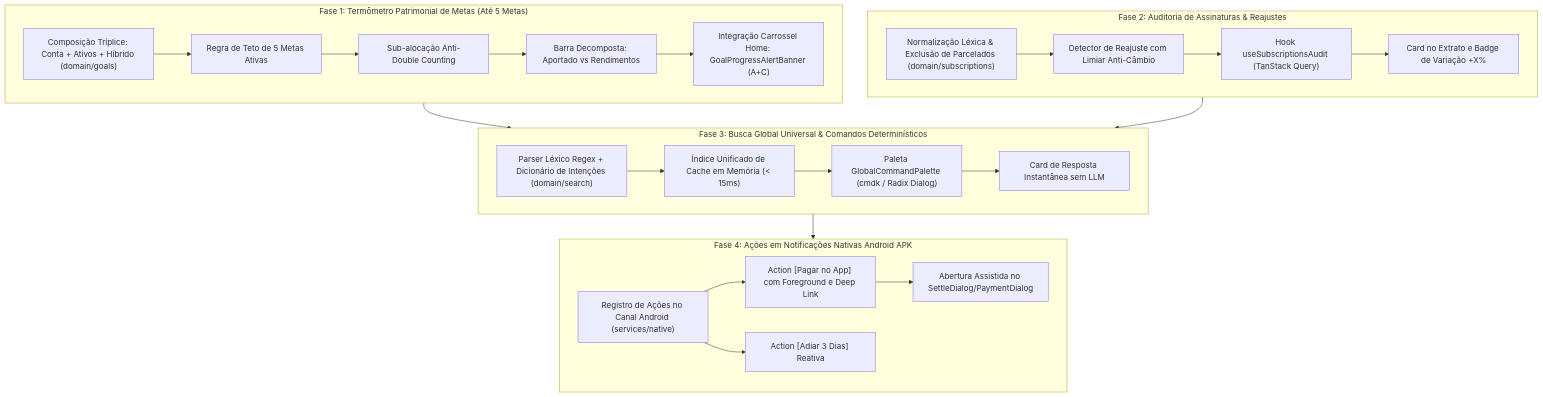
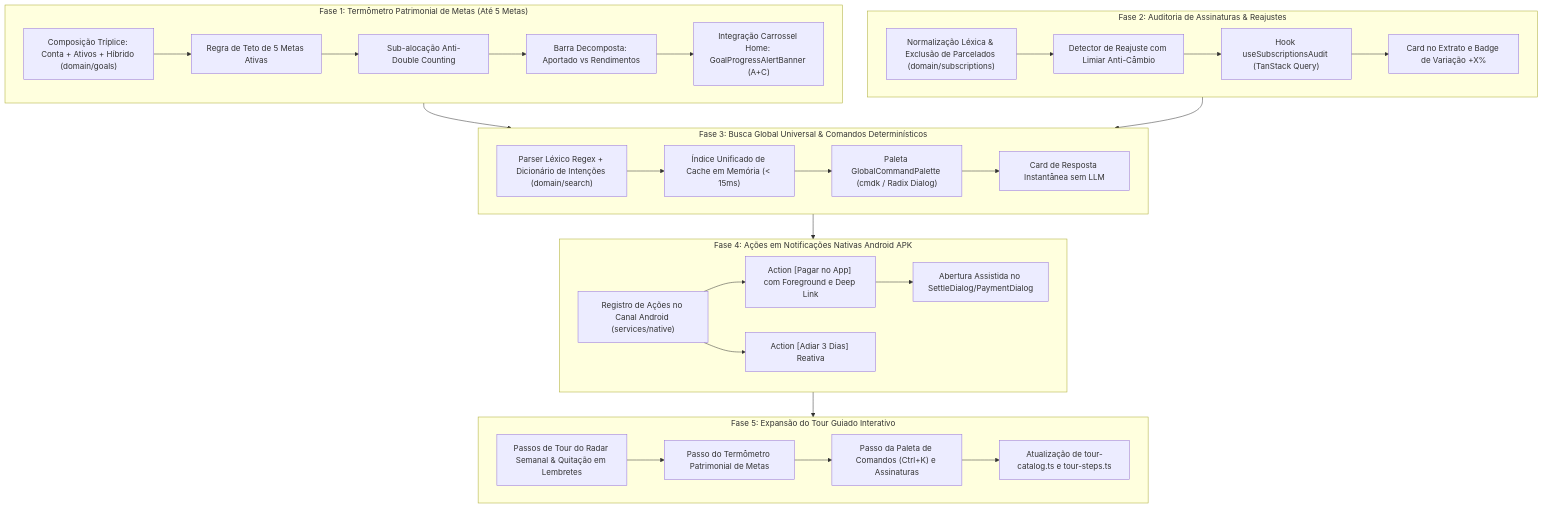
The diagram in docs/plans/12_PLANO_EXPANSAO_AUTOMACAO_RADAR_METAS_E_BUSCA_UNIVERSAL.md (gabri3lsal3s/financasNew), drawn with Mermaid before and after one commit. The commit also changed other lines of this file and 2 other files, not shown here.

Commit message:
docs(plans): atualiza plano 12 com expansao do tour guiado e teto de 5 metas ativas

````diff
--- a/docs/plans/12_PLANO_EXPANSAO_AUTOMACAO_RADAR_METAS_E_BUSCA_UNIVERSAL.md
+++ b/docs/plans/12_PLANO_EXPANSAO_AUTOMACAO_RADAR_METAS_E_BUSCA_UNIVERSAL.md
@@ -56,31 +60,38 @@
 ```mermaid
 graph TD
     subgraph Fase1 ["Fase 1: Termômetro Patrimonial de Metas (Até 5 Metas)"]
         F1_1["Composição Tríplice: Conta + Ativos + Híbrido (domain/goals)"] --> F1_2["Regra de Teto de 5 Metas Ativas"]
         F1_2 --> F1_3["Sub-alocação Anti-Double Counting"]
         F1_3 --> F1_4["Barra Decomposta: Aportado vs Rendimentos"]
         F1_4 --> F1_5["Integração Carrossel Home: GoalProgressAlertBanner (A+C)"]
     end
 
     subgraph Fase2 ["Fase 2: Auditoria de Assinaturas & Reajustes"]
         F2_1["Normalização Léxica & Exclusão de Parcelados (domain/subscriptions)"] --> F2_2["Detector de Reajuste com Limiar Anti-Câmbio"]
         F2_2 --> F2_3["Hook useSubscriptionsAudit (TanStack Query)"]
         F2_3 --> F2_4["Card no Extrato e Badge de Variação +X%"]
     end
 
     subgraph Fase3 ["Fase 3: Busca Global Universal & Comandos Determinísticos"]
         F3_1["Parser Léxico Regex + Dicionário de Intenções (domain/search)"] --> F3_2["Índice Unificado de Cache em Memória (< 15ms)"]
         F3_2 --> F3_3["Paleta GlobalCommandPalette (cmdk / Radix Dialog)"]
         F3_3 --> F3_4["Card de Resposta Instantânea sem LLM"]
     end
 
     subgraph Fase4 ["Fase 4: Ações em Notificações Nativas Android APK"]
         F4_1["Registro de Ações no Canal Android (services/native)"] --> F4_2["Action [Pagar no App] com Foreground e Deep Link"]
         F4_1 --> F4_3["Action [Adiar 3 Dias] Reativa"]
         F4_2 --> F4_4["Abertura Assistida no SettleDialog/PaymentDialog"]
     end
 
+    subgraph Fase5 ["Fase 5: Expansão do Tour Guiado Interativo"]
+        F5_1["Passos de Tour do Radar Semanal & Quitação em Lembretes"] --> F5_2["Passo do Termômetro Patrimonial de Metas"]
+        F5_2 --> F5_3["Passo da Paleta de Comandos (Ctrl+K) e Assinaturas"]
+        F5_3 --> F5_4["Atualização de tour-catalog.ts e tour-steps.ts"]
+    end
+
     Fase1 --> Fase3
     Fase2 --> Fase3
     Fase3 --> Fase4
+    Fase4 --> Fase5
 ```
````
